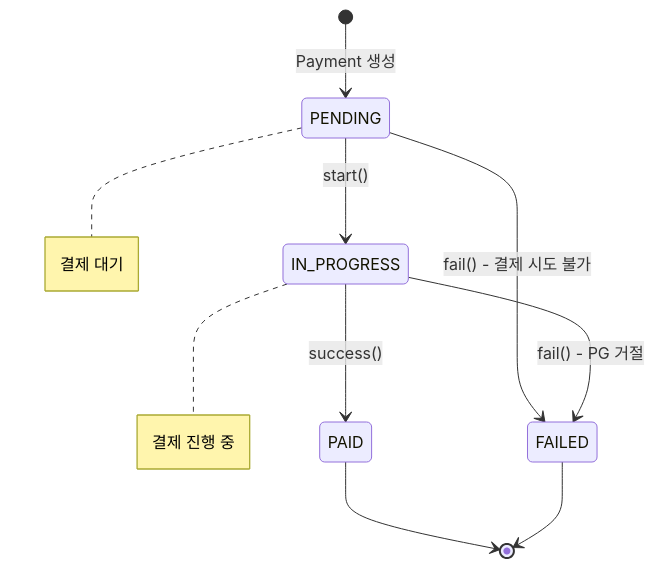
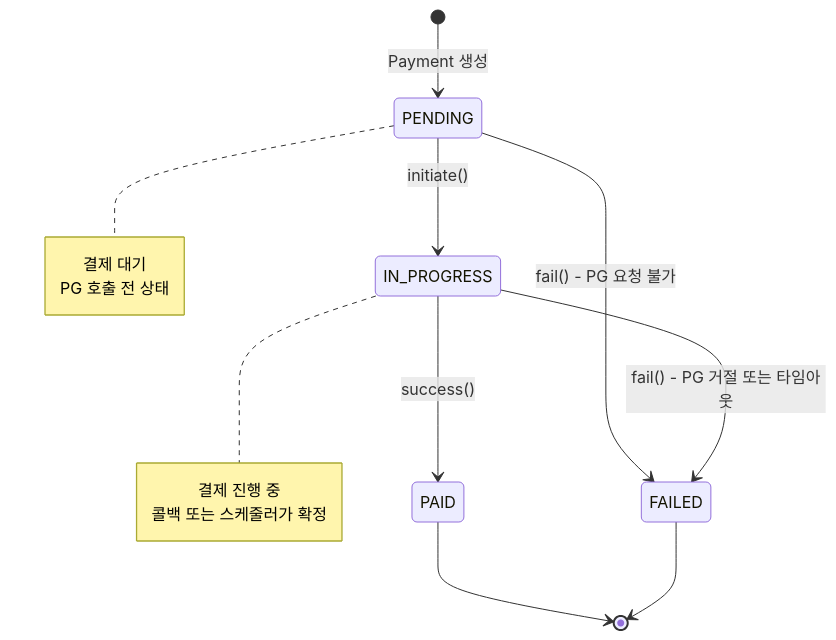
One commit to Loopers-dev-lab/loopers-spring-kotlin-template changed the third of 7 diagrams in docs/specs/도메인_모델링_문서_PG연동_Resilience.md. Above: the diagram before and after it, drawn with Mermaid. The commit also changed other lines of this file and 2 other files, not shown here.

````diff
--- a/docs/specs/도메인_모델링_문서_PG연동_Resilience.md
+++ b/docs/specs/도메인_모델링_문서_PG연동_Resilience.md
@@ -90,21 +228,23 @@
 ```mermaid
 stateDiagram-v2
     [*] --> PENDING: Payment 생성
     
-    PENDING --> IN_PROGRESS: start()
-    PENDING --> FAILED: fail() - 결제 시도 불가
+    PENDING --> IN_PROGRESS: initiate()
+    PENDING --> FAILED: fail() - PG 요청 불가
     
     IN_PROGRESS --> PAID: success()
-    IN_PROGRESS --> FAILED: fail() - PG 거절
+    IN_PROGRESS --> FAILED: fail() - PG 거절 또는 타임아웃
     
     PAID --> [*]
     FAILED --> [*]
     
     note right of PENDING
         결제 대기
+        PG 호출 전 상태
     end note
     
     note right of IN_PROGRESS
         결제 진행 중
+        콜백 또는 스케줄러가 확정
     end note
 ```
````
